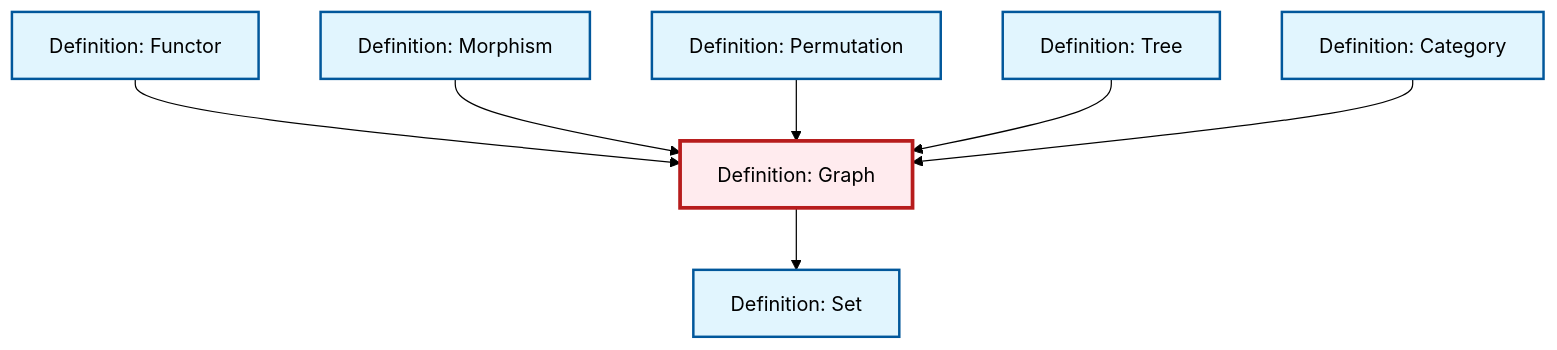
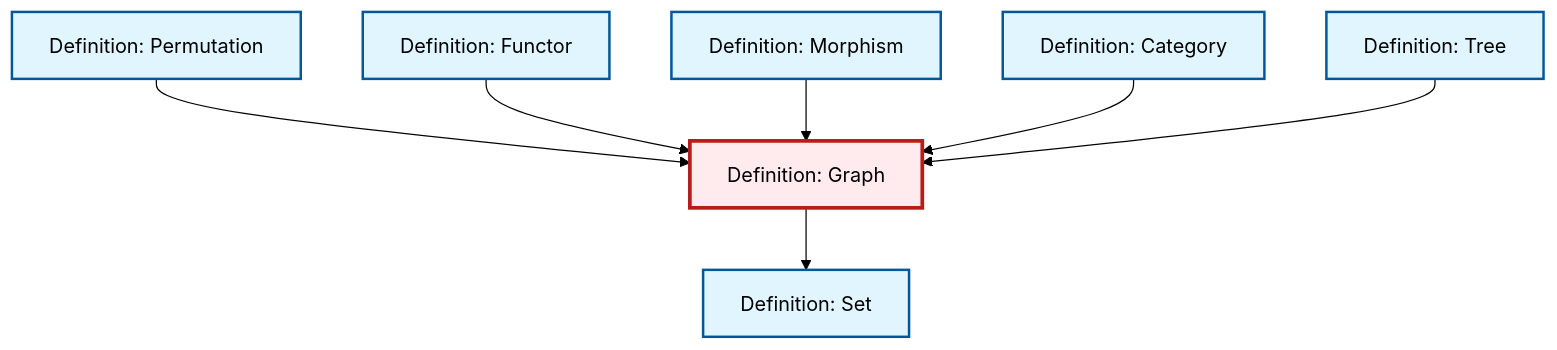
Before and after one commit to RK0429/ModernMath: the diagram in content/ja/combinatorics/def-graph.qmd, drawn with Mermaid (forest theme). The commit also changed other lines of this file and 581 other files, not shown here.

````diff
--- a/content/ja/combinatorics/def-graph.qmd
+++ b/content/ja/combinatorics/def-graph.qmd
@@ -94,29 +94,29 @@
 ```{mermaid}
 %%| fig-cap: "Local dependency graph"
 graph TD
     classDef definition fill:#e1f5fe,stroke:#01579b,stroke-width:2px
     classDef theorem fill:#f3e5f5,stroke:#4a148c,stroke-width:2px
     classDef axiom fill:#fff3e0,stroke:#e65100,stroke-width:2px
     classDef example fill:#e8f5e9,stroke:#1b5e20,stroke-width:2px
     classDef current fill:#ffebee,stroke:#b71c1c,stroke-width:3px
     def-graph["Definition: Graph"]:::definition
+    def-morphism["Definition: Morphism"]:::definition
+    def-category["Definition: Category"]:::definition
+    def-tree["Definition: Tree"]:::definition
     def-permutation["Definition: Permutation"]:::definition
-    def-category["Definition: Category"]:::definition
+    def-set["Definition: Set"]:::definition
     def-functor["Definition: Functor"]:::definition
-    def-tree["Definition: Tree"]:::definition
-    def-set["Definition: Set"]:::definition
-    def-morphism["Definition: Morphism"]:::definition
+    def-permutation --> def-graph
     def-functor --> def-graph
     def-morphism --> def-graph
-    def-permutation --> def-graph
+    def-category --> def-graph
     def-graph --> def-set
     def-tree --> def-graph
-    def-category --> def-graph
     class def-graph current
+    click def-morphism "def-morphism.html" "Definition: Morphismへ"
+    click def-category "def-category.html" "Definition: Categoryへ"
+    click def-tree "def-tree.html" "Definition: Treeへ"
     click def-permutation "def-permutation.html" "Definition: Permutationへ"
-    click def-category "def-category.html" "Definition: Categoryへ"
+    click def-set "def-set.html" "Definition: Setへ"
     click def-functor "def-functor.html" "Definition: Functorへ"
-    click def-tree "def-tree.html" "Definition: Treeへ"
-    click def-set "def-set.html" "Definition: Setへ"
-    click def-morphism "def-morphism.html" "Definition: Morphismへ"
 ```
````
